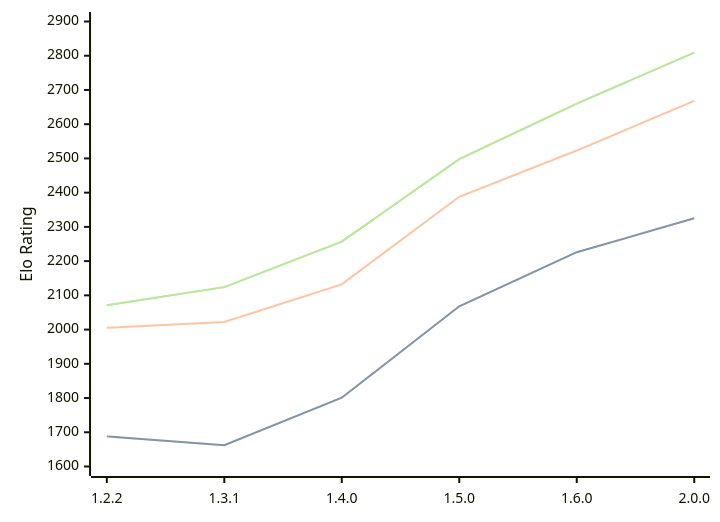
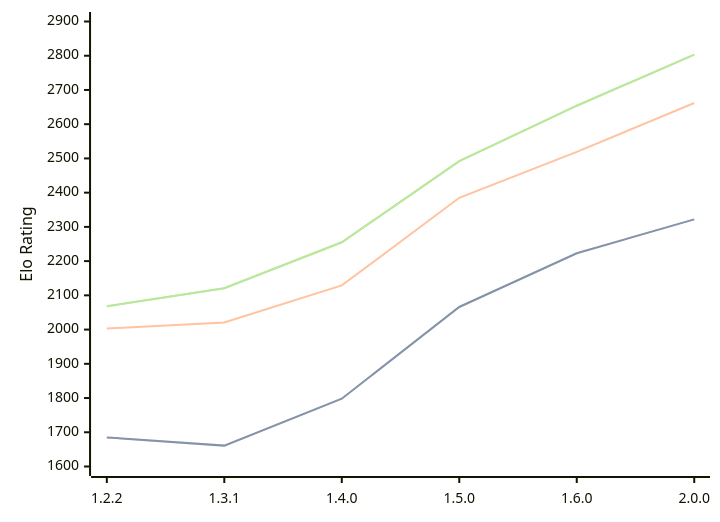
One commit to computer-chess-index/cci changed the diagram in engines/SoloEngine.md. Above: the diagram before and after it, drawn with Mermaid. The commit also changed other lines of this file, not shown here.

Commit message:
Update CCI Ratings (ELO VLTC) - 2026-05-18

````diff
--- a/engines/SoloEngine.md
+++ b/engines/SoloEngine.md
@@ -37,11 +37,11 @@
 ```mermaid
 %%{init: {"theme":"base","themeVariables":{"seriesColors:['#a3a3a3','#222221','#faa371']}}}%%
 xychart-beta
   x-axis ["1.2.2", "1.3.1", "1.4.0", "1.5.0", "1.6.0", "2.0.0"]
   y-axis "Elo Rating" 1600 --> 2900
-  line "STC (8.0+0.08s)" [1688, 1662, 1801, 2068, 2226, 2325]
-  line "STC (8.0+0.08s)" [1688, 1662, 1801, 2068, 2226, 2325]
-  line "LTC (60.0+0.60s)" [2005, 2022, 2132, 2388, 2523, 2668]
-  line "VLTC (2m24s+1.12s)" [2071, 2124, 2257, 2498, 2660, 2809]
-  line "VLTC (2m24s+1.12s)" [2071, 2124, 2257, 2498, 2660, 2809]
+  line "STC (8.0+0.08s)" [1685, 1661, 1798, 2066, 2223, 2322]
+  line "STC (8.0+0.08s)" [1685, 1661, 1798, 2066, 2223, 2322]
+  line "LTC (60.0+0.60s)" [2003, 2021, 2129, 2385, 2519, 2662]
+  line "VLTC (2m24s+1.12s)" [2068, 2121, 2255, 2492, 2654, 2803]
+  line "VLTC (2m24s+1.12s)" [2068, 2121, 2255, 2492, 2654, 2803]
 ```
````
